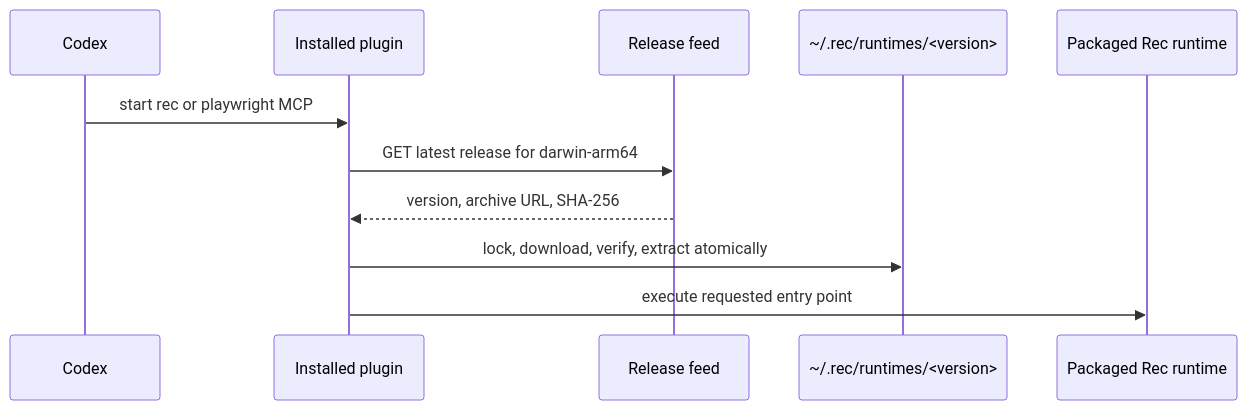
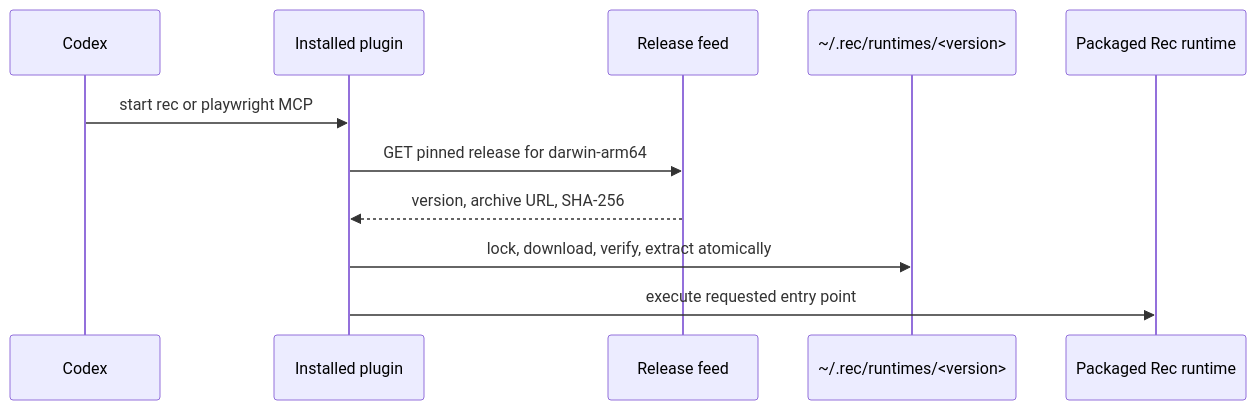
Before and after one commit to that-one-arab/replay: the fifth of 5 diagrams in ARCHITECTURE.md, drawn with Mermaid. The commit also changed other lines of this file and 24 other files, not shown here.

Commit message:
Add pinned Rec release lanes

````diff
--- a/ARCHITECTURE.md
+++ b/ARCHITECTURE.md
@@ -300,14 +300,14 @@
 ```mermaid
 sequenceDiagram
   participant Codex
   participant Plugin as Installed plugin
   participant Feed as Release feed
   participant Disk as ~/.rec/runtimes/<version>
   participant Runtime as Packaged Rec runtime
 
   Codex->>Plugin: start rec or playwright MCP
-  Plugin->>Feed: GET latest release for darwin-arm64
+  Plugin->>Feed: GET pinned release for darwin-arm64
   Feed-->>Plugin: version, archive URL, SHA-256
   Plugin->>Disk: lock, download, verify, extract atomically
   Plugin->>Runtime: execute requested entry point
 ```
````
